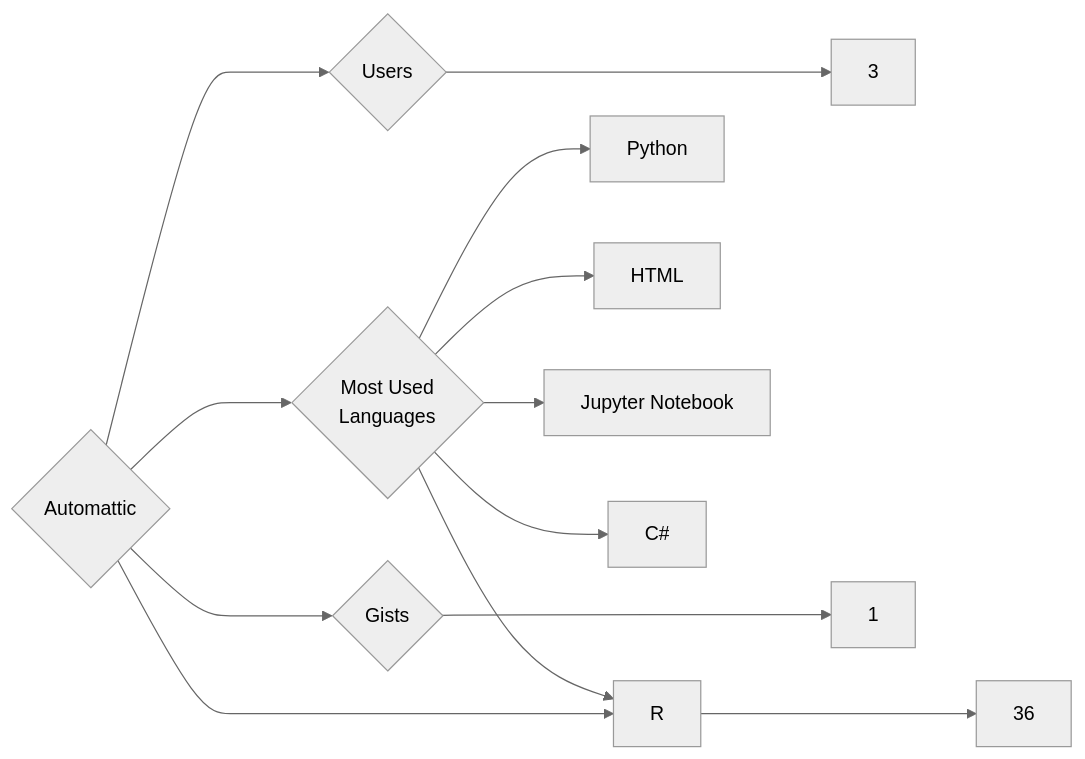
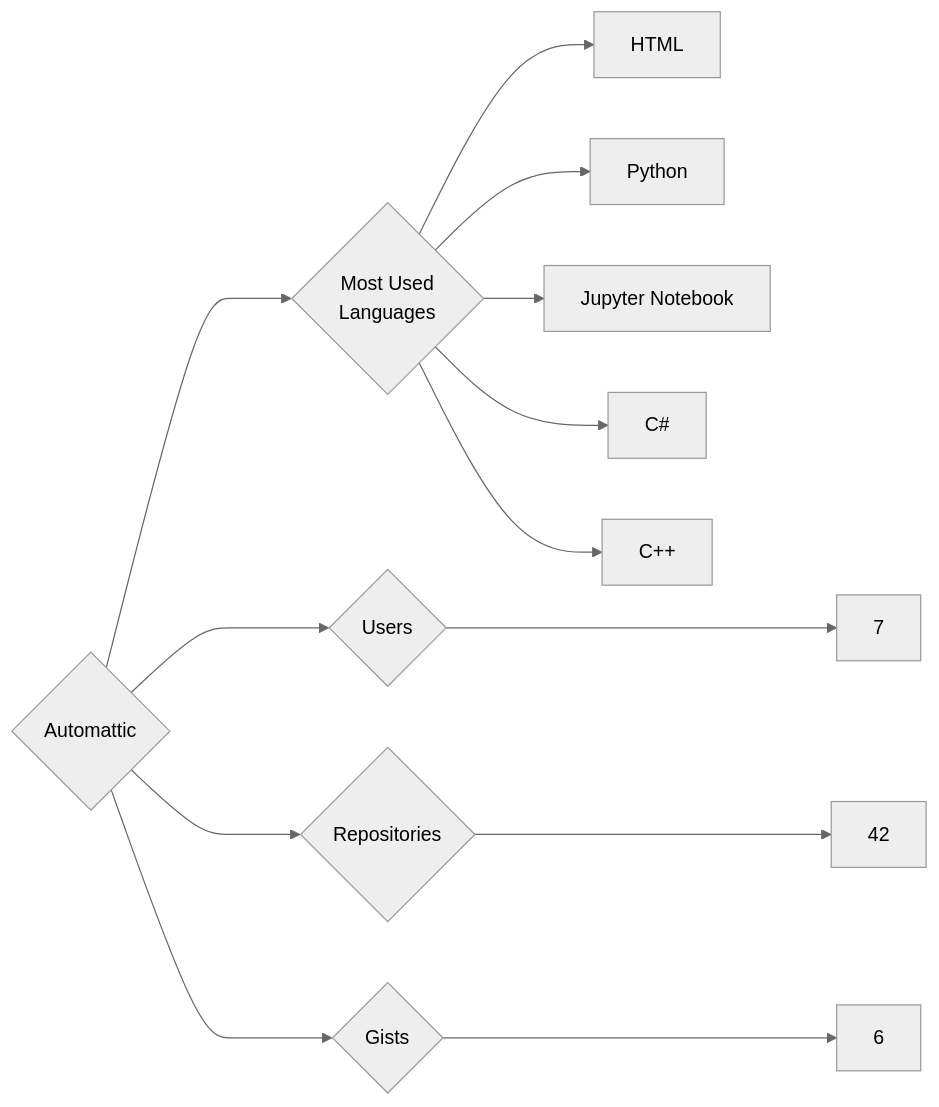
The diagram in targets/Automattic/README.md (trickest/insiders), drawn with Mermaid (neutral theme) before and after one commit. The commit also changed 942 other files, not shown here.

````diff
--- a/targets/Automattic/README.md
+++ b/targets/Automattic/README.md
@@ -3,13 +3,13 @@
 ```mermaid
 graph LR
 COMPANY_NAME{Automattic}
-COMPANY_NAME ---> U{Users} ---> UN[3]
-COMPANY_NAME ---> R{Repositories} ---> RN[36]
-COMPANY_NAME ---> G{Gists} ---> GN[1]
+COMPANY_NAME ---> U{Users} ---> UN[7]
+COMPANY_NAME ---> R{Repositories} ---> RN[42]
+COMPANY_NAME ---> G{Gists} ---> GN[6]
 COMPANY_NAME ---> ML{Most Used<br>Languages}
+ML --> HTML[HTML]
 ML --> Python[Python]
-ML --> HTML[HTML]
 ML --> Jupyter_Notebook[Jupyter Notebook]
 ML --> C#[C#]
-ML --> R[R]
+ML --> C++[C++]
 ```
````
